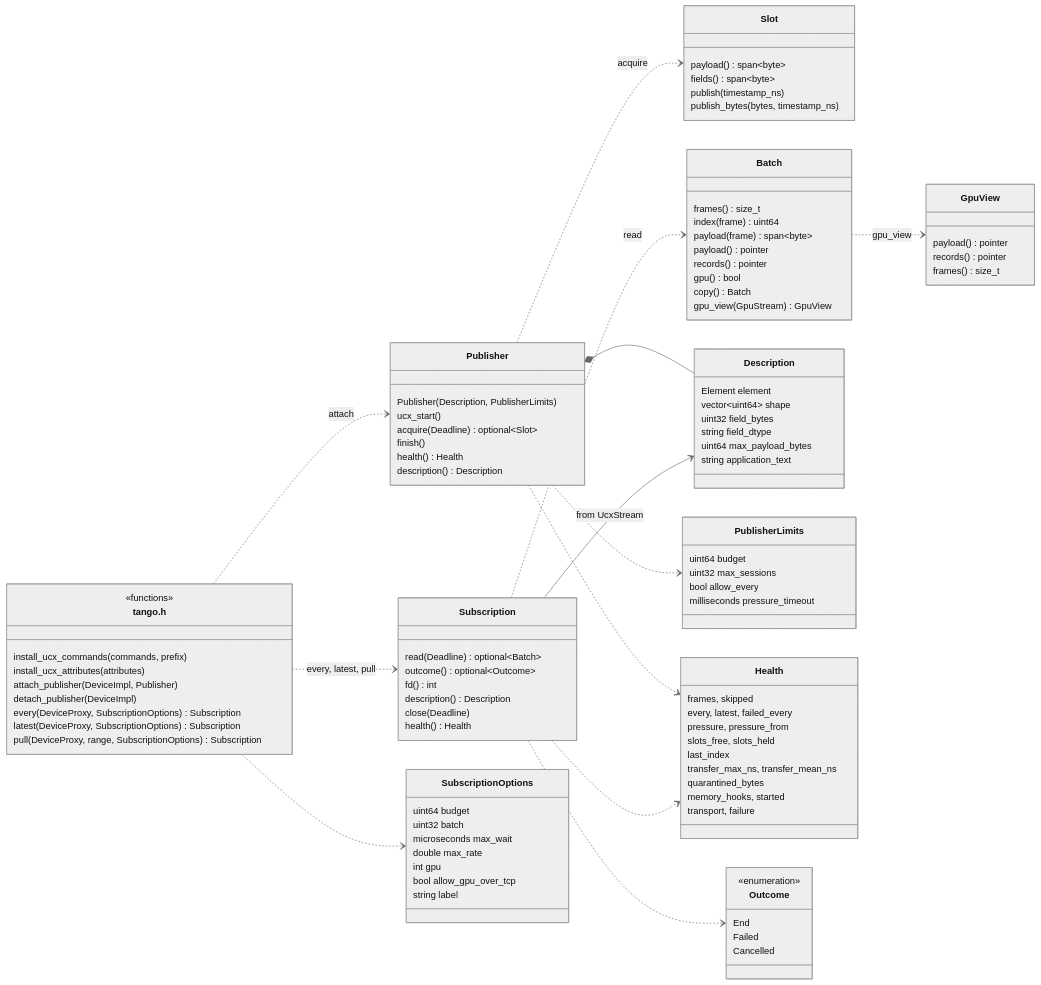
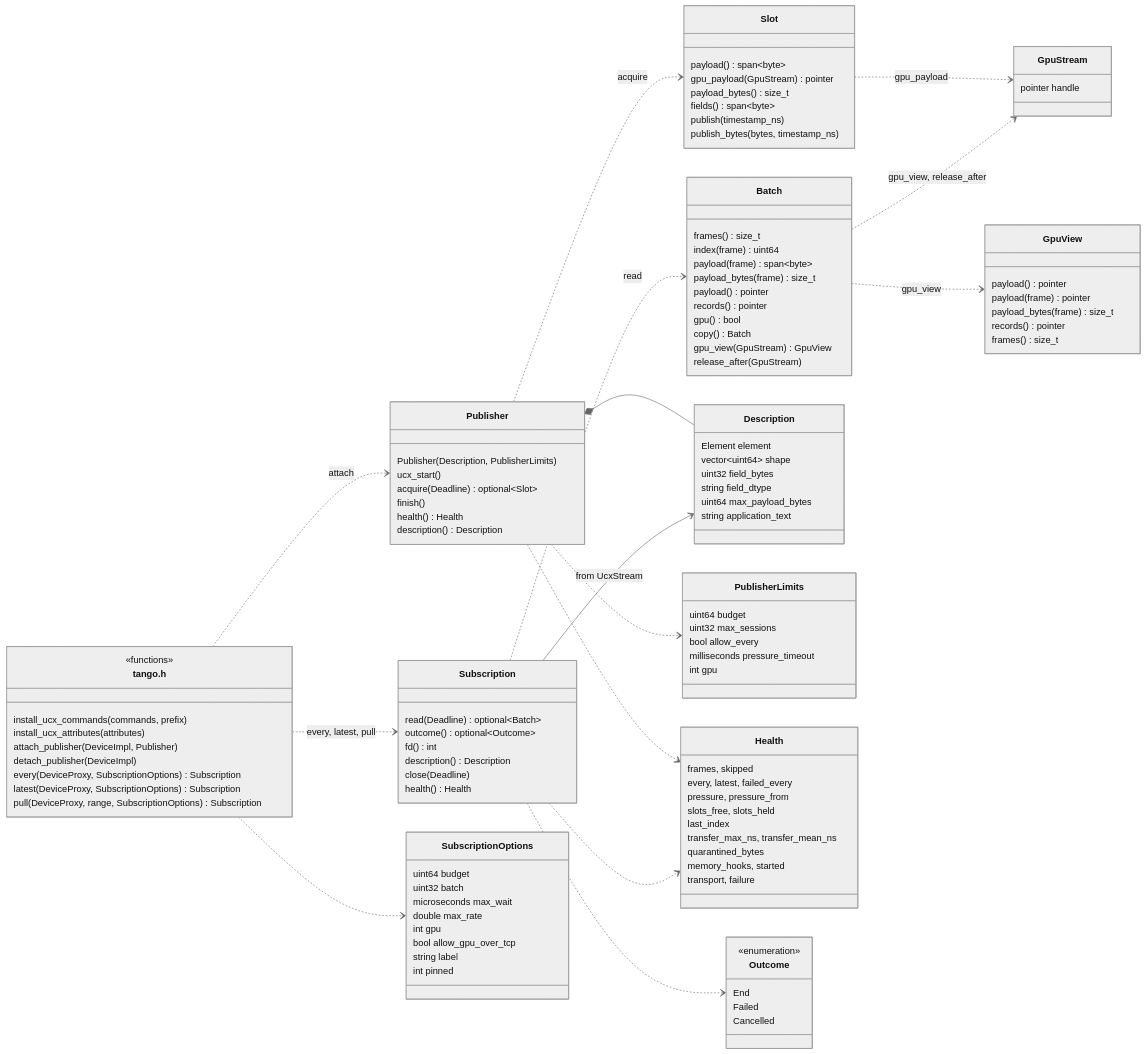
The tenth of 11 diagrams in docs/diagrams.md (srwohl/tango-ucx), drawn with Mermaid (neutral theme) before and after one commit. The commit also changed other lines of this file and 9 other files, not shown here.

```diff
--- a/docs/diagrams.md
+++ b/docs/diagrams.md
@@ -452,6 +459,8 @@
     }
     class Slot {
         payload() span~byte~
+        gpu_payload(GpuStream) pointer
+        payload_bytes() size_t
         fields() span~byte~
         publish(timestamp_ns)
         publish_bytes(bytes, timestamp_ns)
@@ -468,16 +477,23 @@
         frames() size_t
         index(frame) uint64
         payload(frame) span~byte~
+        payload_bytes(frame) size_t
         payload() pointer
         records() pointer
         gpu() bool
         copy() Batch
         gpu_view(GpuStream) GpuView
+        release_after(GpuStream)
     }
     class GpuView {
         payload() pointer
+        payload(frame) pointer
+        payload_bytes(frame) size_t
         records() pointer
         frames() size_t
+    }
+    class GpuStream {
+        pointer handle
     }
     class Description {
         Element element
@@ -492,6 +508,7 @@
         uint32 max_sessions
         bool allow_every
         milliseconds pressure_timeout
+        int gpu
     }
     class SubscriptionOptions {
         uint64 budget
@@ -501,6 +518,7 @@
         int gpu
         bool allow_gpu_over_tcp
         string label
+        int pinned
     }
     class Health {
         frames, skipped
@@ -539,6 +557,8 @@
     Subscription ..> Health
     Subscription --> Description : from UcxStream
     Batch ..> GpuView : gpu_view
+    Slot ..> GpuStream : gpu_payload
+    Batch ..> GpuStream : gpu_view, release_after
     tango_h ..> Publisher : attach
     tango_h ..> Subscription : every, latest, pull
     tango_h ..> SubscriptionOptions
```
